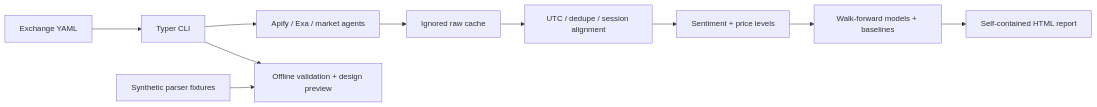
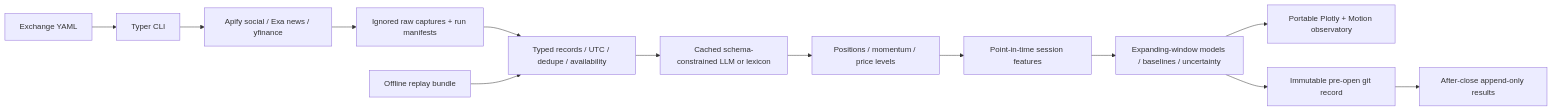
The diagram in README.md (gokhale-atharva/crowd-signal-research), drawn with Mermaid before and after one commit. The commit also changed other lines of this file and 51 other files, not shown here.

Commit message:
Implement dual-exchange research pipeline and interactive market observatory

````diff
--- a/README.md
+++ b/README.md
@@ -25,12 +22,15 @@
 ```mermaid
 flowchart LR
-  YAML[Exchange YAML] --> CLI[Typer CLI]
-  CLI --> Collect[Apify / Exa / market agents]
-  Collect --> Raw[Ignored raw cache]
-  Raw --> Normalize[UTC / dedupe / session alignment]
-  Normalize --> Signals[Sentiment + price levels]
-  Signals --> Models[Walk-forward models + baselines]
-  Models --> Report[Self-contained HTML report]
-  Fixtures[Synthetic parser fixtures] --> Preview[Offline validation + design preview]
-  CLI --> Preview
+ YAML[Exchange YAML] --> CLI[Typer CLI]
+ CLI --> Collect[Apify social / Exa news / yfinance]
+ Collect --> Raw[Ignored raw captures + run manifests]
+ Raw --> Clean[Typed records / UTC / dedupe / availability]
+ Clean --> Extract[Cached schema-constrained LLM or lexicon]
+ Extract --> Signals[Positions / momentum / price levels]
+ Signals --> Features[Point-in-time session features]
+ Features --> Validate[Expanding-window models / baselines / uncertainty]
+ Validate --> HTML[Portable Plotly + Motion observatory]
+ Validate --> Forecast[Immutable pre-open git record]
+ Forecast --> Evaluate[After-close append-only results]
+ Bundle[Offline replay bundle] --> Clean
 ```
````
